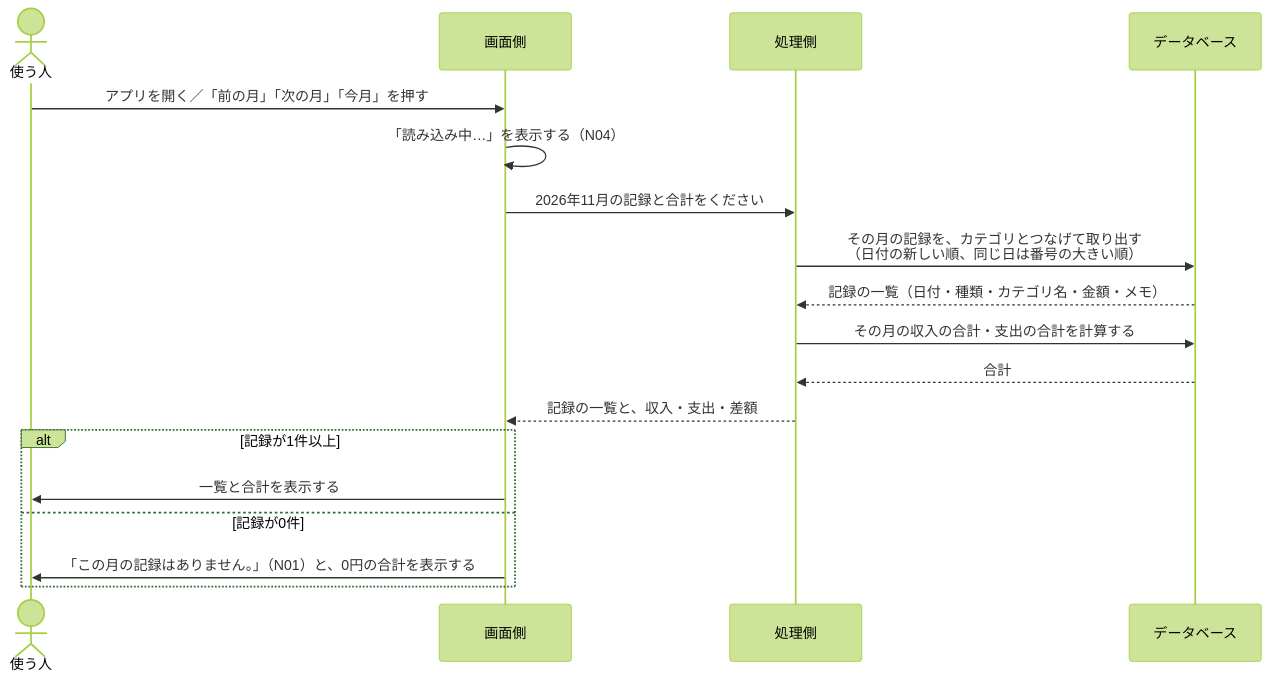
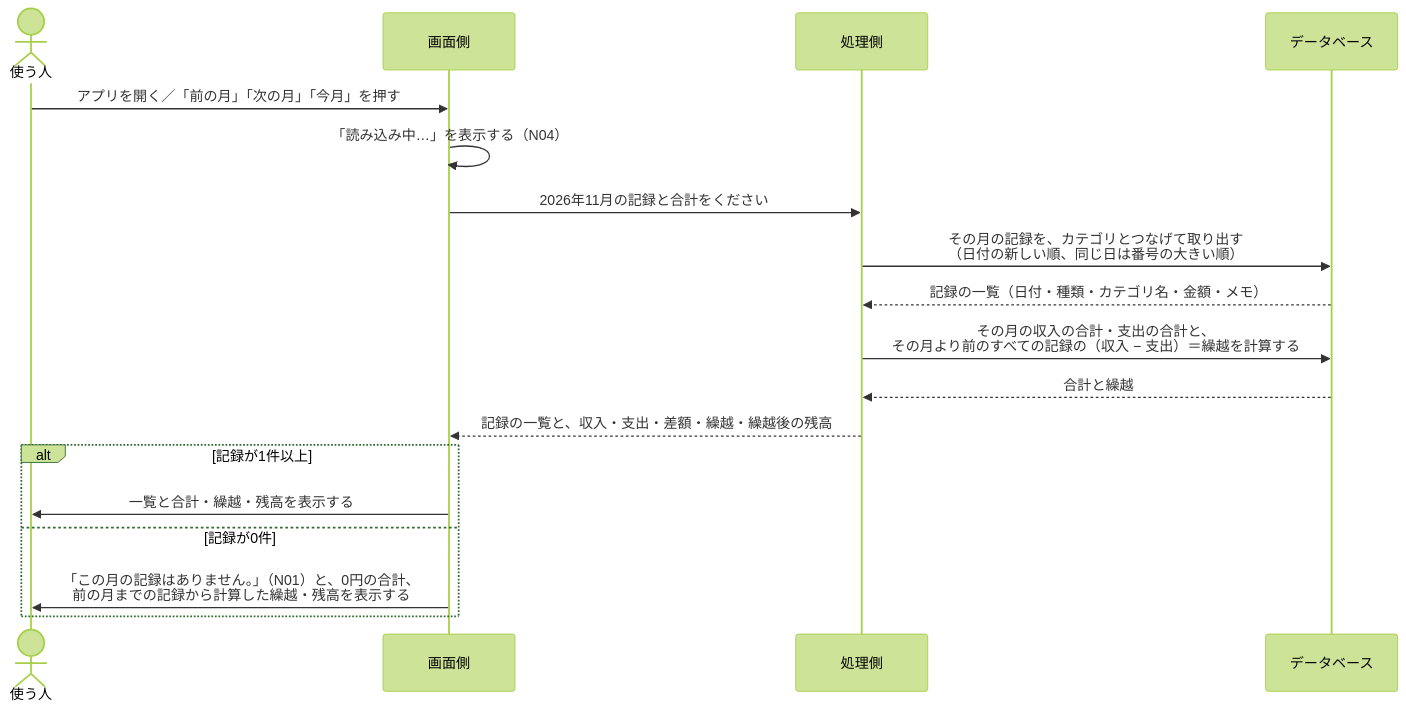
The second of 10 diagrams in docs/02_設計/05_データの流れ.md (junji-sakamoto/kakeibo-app), drawn with Mermaid (forest theme) before and after one commit. The commit also changed other lines of this file and 35 other files, not shown here.

````diff
--- a/docs/02_設計/05_データの流れ.md
+++ b/docs/02_設計/05_データの流れ.md
@@ -44,21 +44,21 @@
 ```mermaid
 sequenceDiagram
     actor U as 使う人
     participant B as 画面側
     participant S as 処理側
     participant D as データベース
 
     U->>B: アプリを開く／「前の月」「次の月」「今月」を押す
     B->>B: 「読み込み中…」を表示する（N04）
     B->>S: 2026年11月の記録と合計をください
     S->>D: その月の記録を、カテゴリとつなげて取り出す<br>（日付の新しい順、同じ日は番号の大きい順）
     D-->>S: 記録の一覧（日付・種類・カテゴリ名・金額・メモ）
-    S->>D: その月の収入の合計・支出の合計を計算する
-    D-->>S: 合計
-    S-->>B: 記録の一覧と、収入・支出・差額
+    S->>D: その月の収入の合計・支出の合計と、<br>その月より前のすべての記録の（収入 − 支出）＝繰越を計算する
+    D-->>S: 合計と繰越
+    S-->>B: 記録の一覧と、収入・支出・差額・繰越・繰越後の残高
     alt 記録が1件以上
-        B->>U: 一覧と合計を表示する
+        B->>U: 一覧と合計・繰越・残高を表示する
     else 記録が0件
-        B->>U: 「この月の記録はありません。」（N01）と、0円の合計を表示する
+        B->>U: 「この月の記録はありません。」（N01）と、0円の合計、<br>前の月までの記録から計算した繰越・残高を表示する
     end
 ```
````
